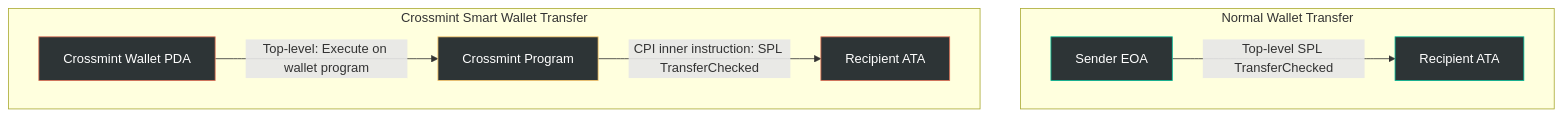
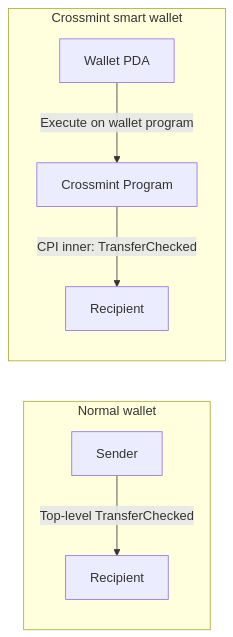
One commit to 0xultravioleta/crossmint-wallets-mcp changed the third of 3 diagrams in README.md. Above: the diagram before and after it, drawn with Mermaid. The commit also changed other lines of this file, not shown here.

````diff
--- a/README.md
+++ b/README.md
@@ -341,15 +91,10 @@
 ```mermaid
-graph TD
-    subgraph "Normal Wallet Transfer"
-        A1[Sender EOA] -->|"Top-level SPL TransferChecked"| B1[Recipient ATA]
+graph LR
+    subgraph "Normal wallet"
+        A1[Sender] -->|Top-level TransferChecked| B1[Recipient]
     end
-    subgraph "Crossmint Smart Wallet Transfer"
-        A2[Crossmint Wallet PDA] -->|"Top-level: Execute on wallet program"| C2[Crossmint Program]
-        C2 -->|"CPI inner instruction: SPL TransferChecked"| B2[Recipient ATA]
+    subgraph "Crossmint smart wallet"
+        A2[Wallet PDA] -->|Execute on wallet program| C2[Crossmint Program]
+        C2 -->|CPI inner: TransferChecked| B2[Recipient]
     end
-    style A1 fill:#2d3436,stroke:#00b894,color:#fff
-    style B1 fill:#2d3436,stroke:#00b894,color:#fff
-    style A2 fill:#2d3436,stroke:#e17055,color:#fff
-    style C2 fill:#2d3436,stroke:#fdcb6e,color:#fff
-    style B2 fill:#2d3436,stroke:#e17055,color:#fff
 ```
````
